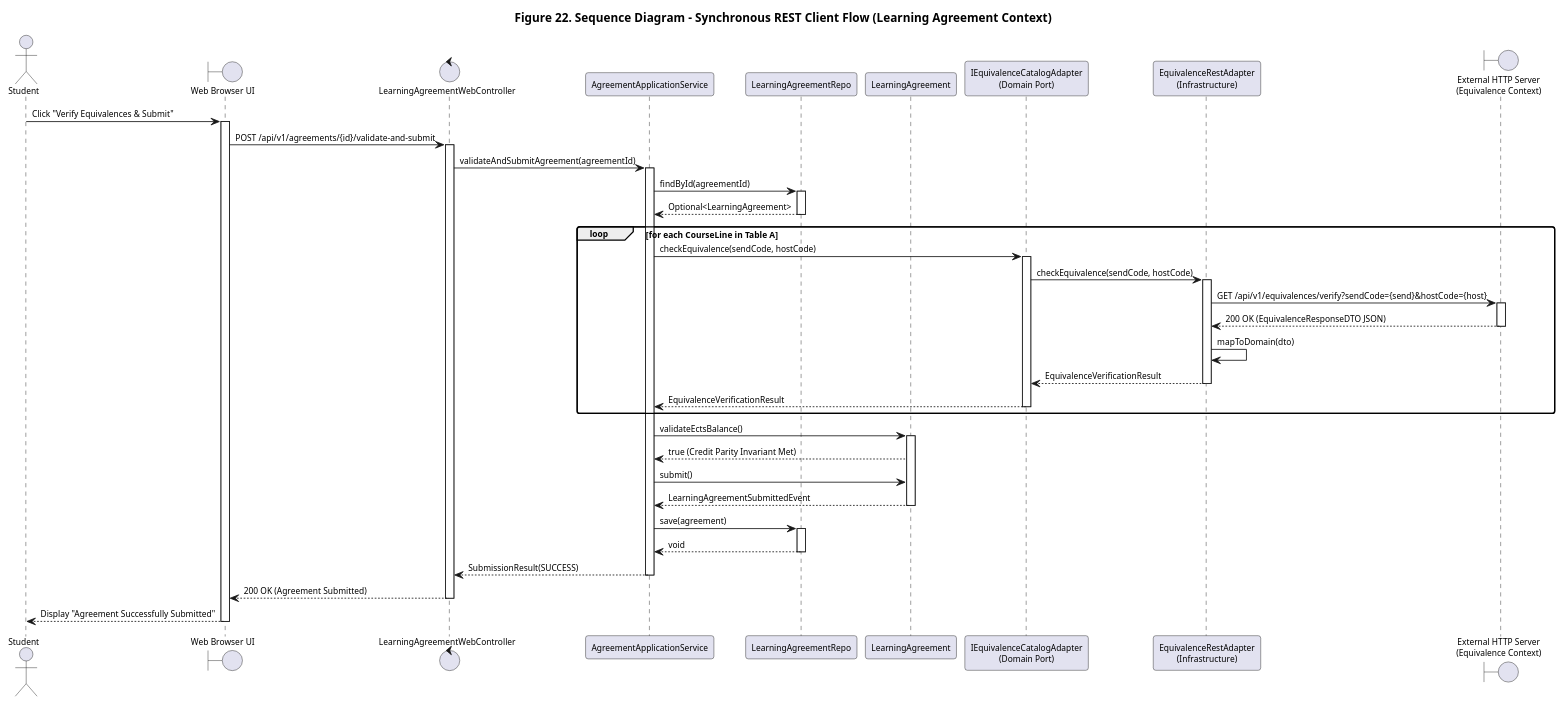
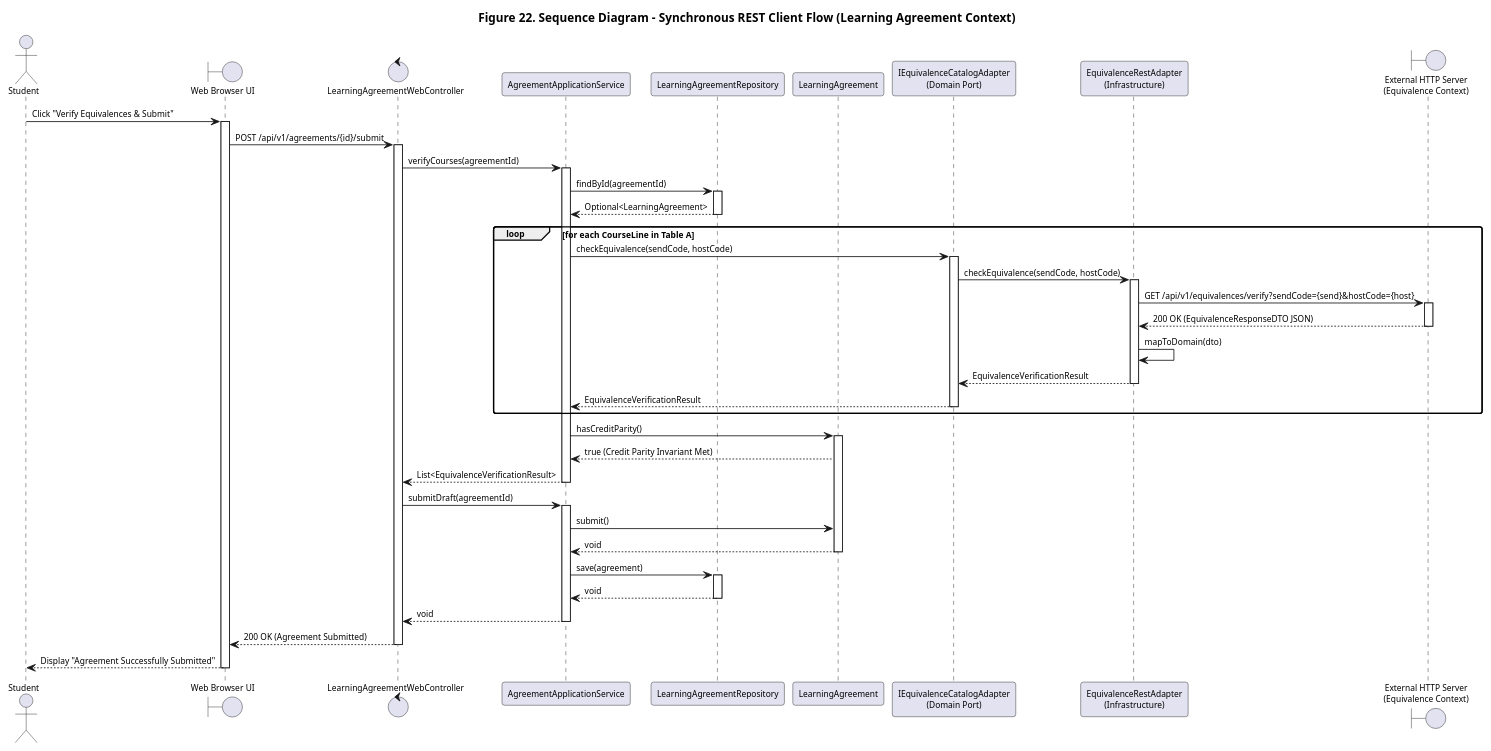
The diagram in docs/diagrams/fig22-sequence-rest-client.puml (prigo929/erasmus-mobility-platform), drawn with PlantUML before and after one commit. The commit also changed 39 other files, not shown here.

```diff
--- a/docs/diagrams/fig22-sequence-rest-client.puml
+++ b/docs/diagrams/fig22-sequence-rest-client.puml
@@ -1,73 +1,78 @@
 @startuml
 title Figure 22. Sequence Diagram - Synchronous REST Client Flow (Learning Agreement Context)
 skinparam backgroundColor #FFFFFF
 skinparam defaultFontName "Helvetica", "Arial", sans-serif
 skinparam defaultFontSize 10
 skinparam roundCorner 6
 
 actor "Student" as Student
 boundary "Web Browser UI" as UI
 control "LearningAgreementWebController" as Controller
 participant "AgreementApplicationService" as AppService
-participant "LearningAgreementRepo" as Repo
+participant "LearningAgreementRepository" as Repo
 participant "LearningAgreement" as Aggregate
 participant "IEquivalenceCatalogAdapter\n(Domain Port)" as Port
 participant "EquivalenceRestAdapter\n(Infrastructure)" as RestAdapter
 boundary "External HTTP Server\n(Equivalence Context)" as RemoteServer
 
 Student -> UI : Click "Verify Equivalences & Submit"
 activate UI
 
-UI -> Controller : POST /api/v1/agreements/{id}/validate-and-submit
+UI -> Controller : POST /api/v1/agreements/{id}/submit
 activate Controller
 
-Controller -> AppService : validateAndSubmitAgreement(agreementId)
+Controller -> AppService : verifyCourses(agreementId)
 activate AppService
 
 AppService -> Repo : findById(agreementId)
 activate Repo
 Repo --> AppService : Optional<LearningAgreement>
 deactivate Repo
 
 loop for each CourseLine in Table A
   AppService -> Port : checkEquivalence(sendCode, hostCode)
   activate Port
   Port -> RestAdapter : checkEquivalence(sendCode, hostCode)
   activate RestAdapter
 
   RestAdapter -> RemoteServer : GET /api/v1/equivalences/verify?sendCode={send}&hostCode={host}
   activate RemoteServer
   RemoteServer --> RestAdapter : 200 OK (EquivalenceResponseDTO JSON)
   deactivate RemoteServer
 
   RestAdapter -> RestAdapter : mapToDomain(dto)
   RestAdapter --> Port : EquivalenceVerificationResult
   deactivate RestAdapter
 
   Port --> AppService : EquivalenceVerificationResult
   deactivate Port
 end
 
-AppService -> Aggregate : validateEctsBalance()
+AppService -> Aggregate : hasCreditParity()
 activate Aggregate
 Aggregate --> AppService : true (Credit Parity Invariant Met)
 
+AppService --> Controller : List<EquivalenceVerificationResult>
+deactivate AppService
+
+Controller -> AppService : submitDraft(agreementId)
+activate AppService
 AppService -> Aggregate : submit()
-Aggregate --> AppService : LearningAgreementSubmittedEvent
+Aggregate --> AppService : void
 deactivate Aggregate
 
 AppService -> Repo : save(agreement)
 activate Repo
 Repo --> AppService : void
 deactivate Repo
 
-AppService --> Controller : SubmissionResult(SUCCESS)
+AppService --> Controller : void
 deactivate AppService
 
 Controller --> UI : 200 OK (Agreement Submitted)
 deactivate Controller
 
 UI --> Student : Display "Agreement Successfully Submitted"
 deactivate UI
 
 @enduml
```
